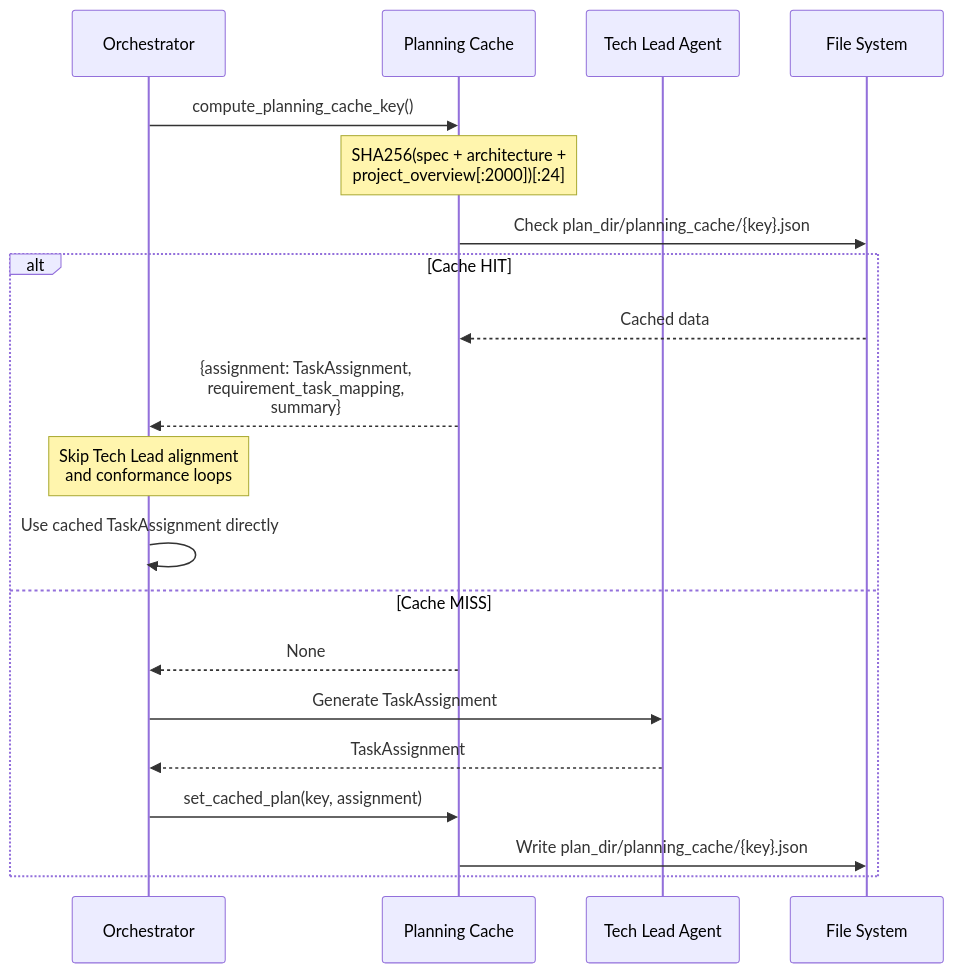
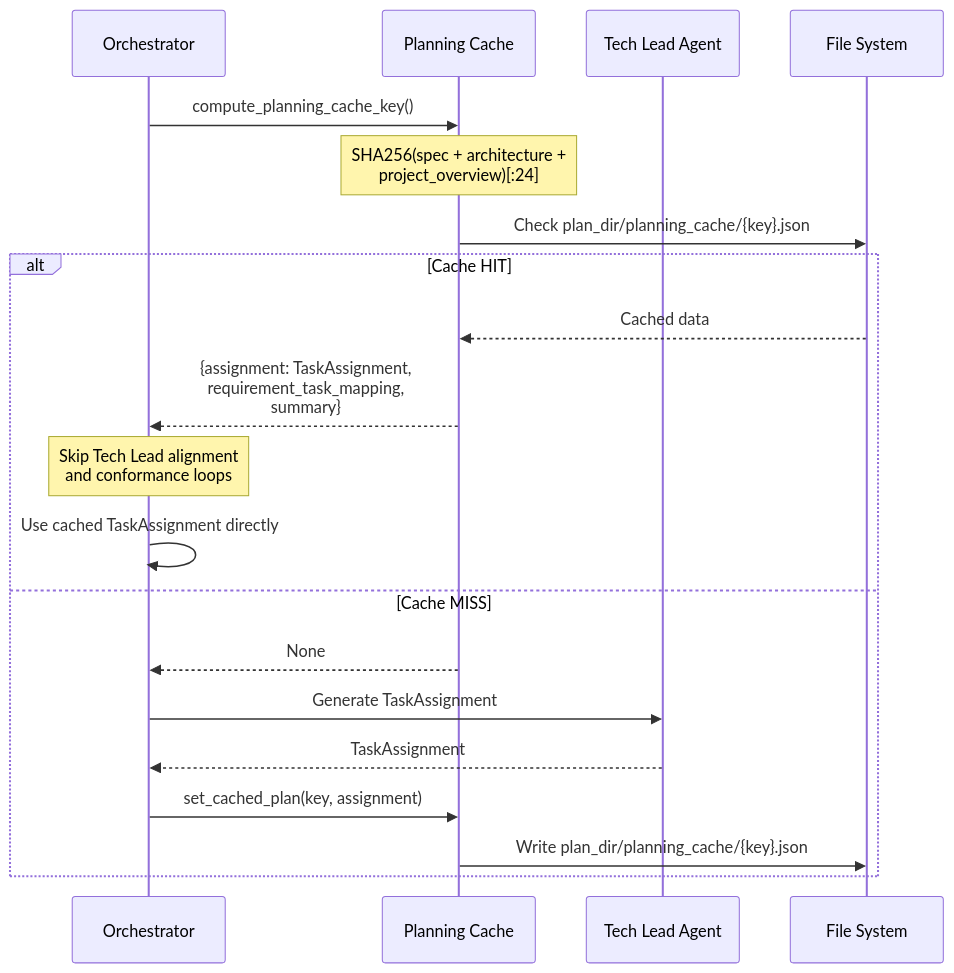
Before and after one commit to brandonkindred/Khala-Agentic-AI-Teams: the sixth of 6 diagrams in backend/agents/software_engineering_team/system_design/SE_Use_Cases.md, drawn with Mermaid. The commit also changed 104 other files, not shown here.

````diff
--- a/backend/agents/software_engineering_team/system_design/SE_Use_Cases.md
+++ b/backend/agents/software_engineering_team/system_design/SE_Use_Cases.md
@@ -276,25 +276,25 @@
 ```mermaid
 sequenceDiagram
     participant ORC as Orchestrator
     participant PC as Planning Cache
     participant TL as Tech Lead Agent
     participant FS as File System
 
     ORC->>PC: compute_planning_cache_key()
-    Note over PC: SHA256(spec + architecture +<br/>project_overview[:2000])[:24]
+    Note over PC: SHA256(spec + architecture +<br/>project_overview)[:24]
 
     PC->>FS: Check plan_dir/planning_cache/{key}.json
 
     alt Cache HIT
         FS-->>PC: Cached data
         PC-->>ORC: {assignment: TaskAssignment,<br/>requirement_task_mapping,<br/>summary}
         Note over ORC: Skip Tech Lead alignment<br/>and conformance loops
         ORC->>ORC: Use cached TaskAssignment directly
     else Cache MISS
         PC-->>ORC: None
         ORC->>TL: Generate TaskAssignment
         TL-->>ORC: TaskAssignment
         ORC->>PC: set_cached_plan(key, assignment)
         PC->>FS: Write plan_dir/planning_cache/{key}.json
     end
 ```
````
